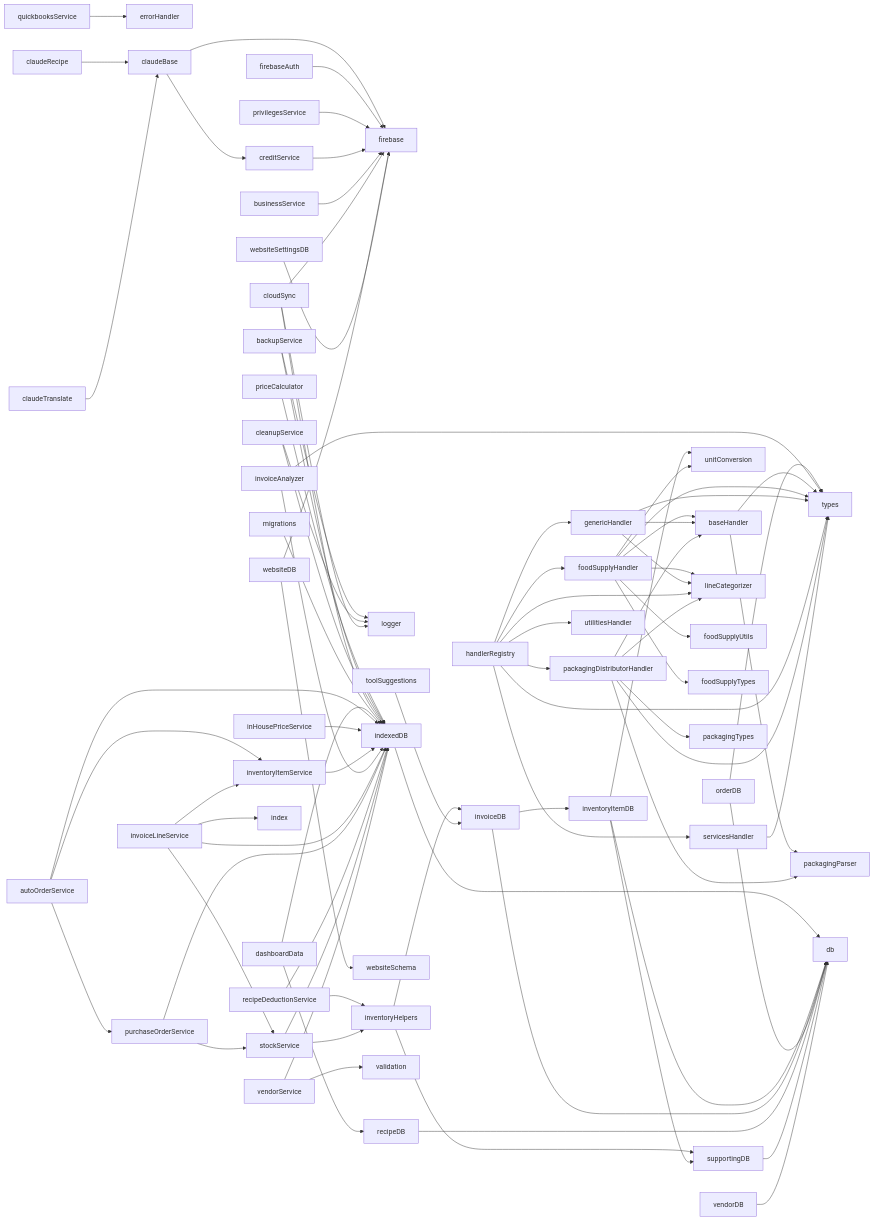
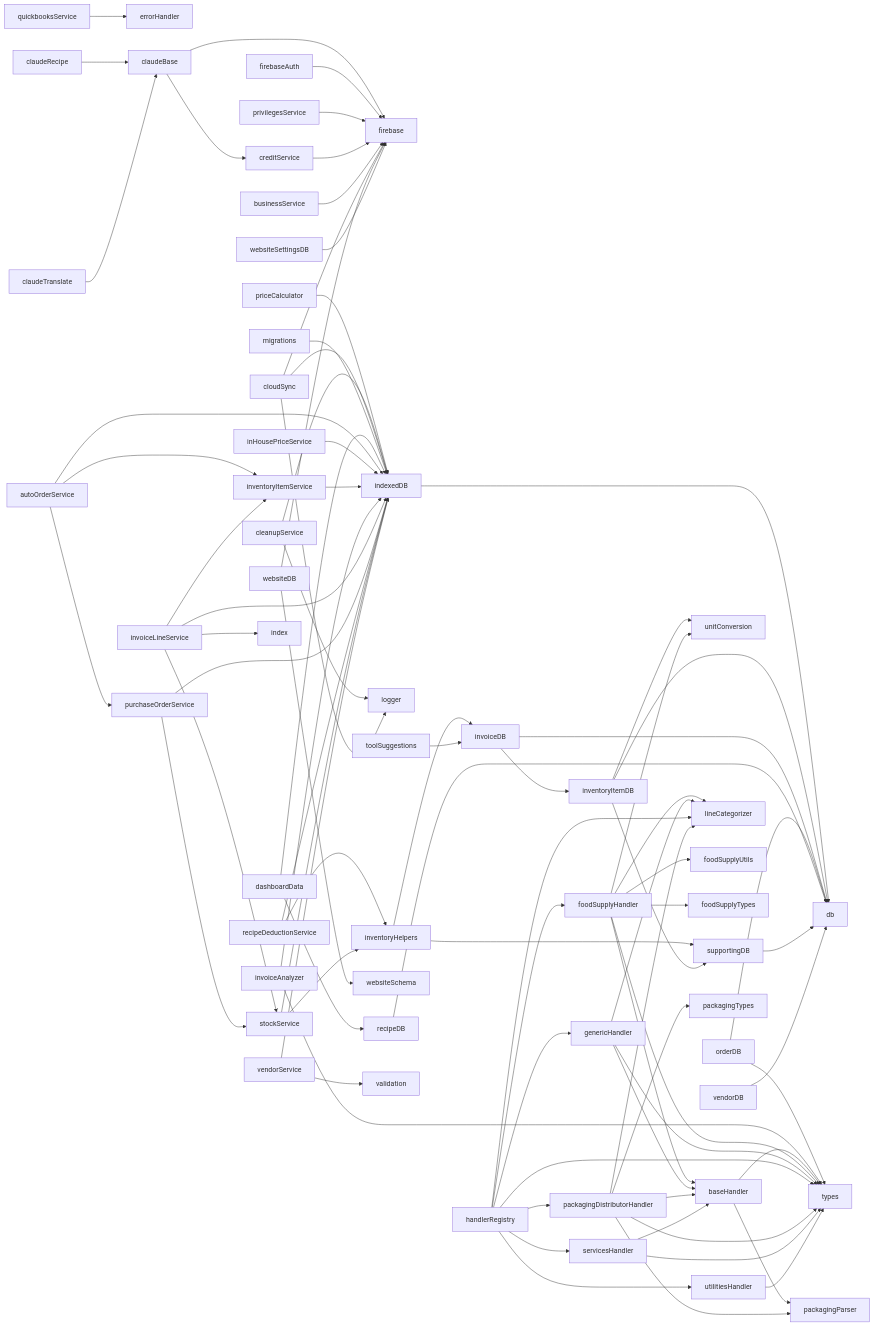
The first of 3 diagrams in docs/SYSTEM_MAP.md (mageroyer/kitchenvoice-beta), drawn with Mermaid before and after one commit. The commit also changed other lines of this file and 6 other files, not shown here.

````diff
--- a/docs/SYSTEM_MAP.md
+++ b/docs/SYSTEM_MAP.md
@@ -19,8 +19,6 @@
   priceCalculator --> indexedDB
   firebaseAuth --> firebase
   privilegesService --> firebase
-  backupService --> indexedDB
-  backupService --> logger
   creditService --> firebase
   businessService --> firebase
   cleanupService --> logger
@@ -91,4 +89,6 @@
   packagingDistributorHandler --> packagingParser
   packagingDistributorHandler --> packagingTypes
   servicesHandler --> types
+  servicesHandler --> baseHandler
+  utilitiesHandler --> types
 ```
````
